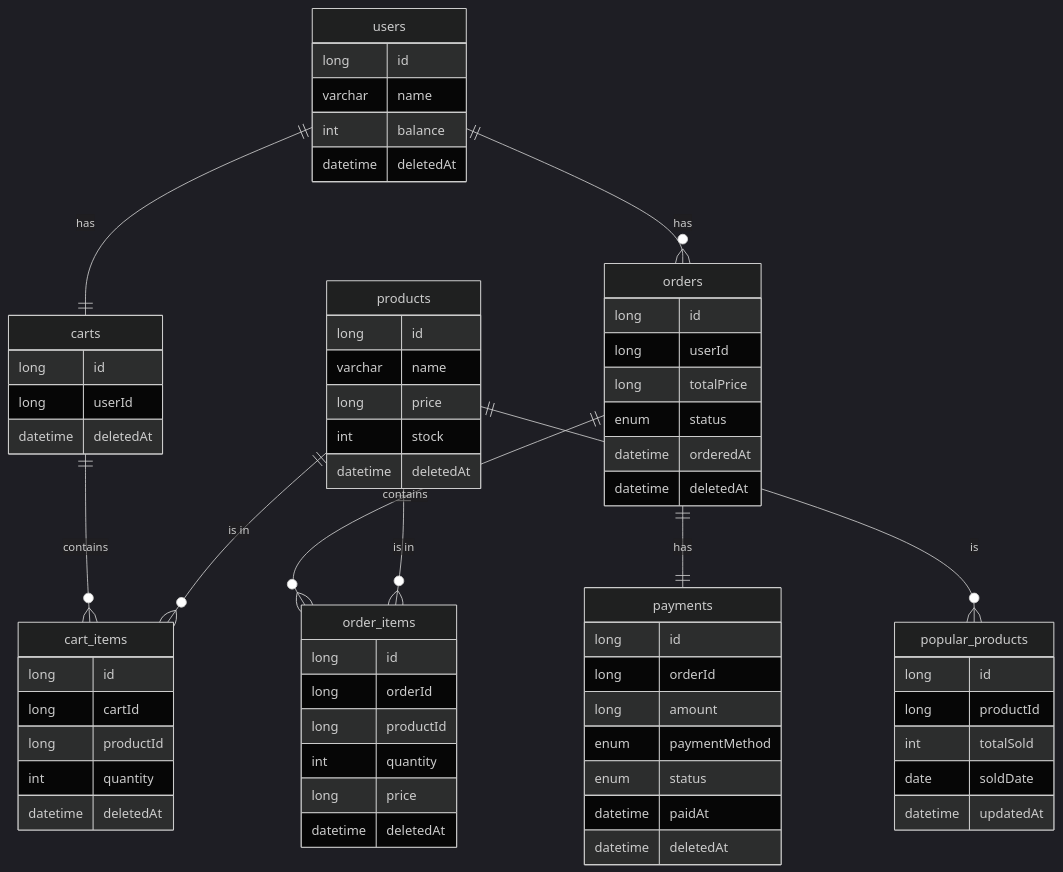
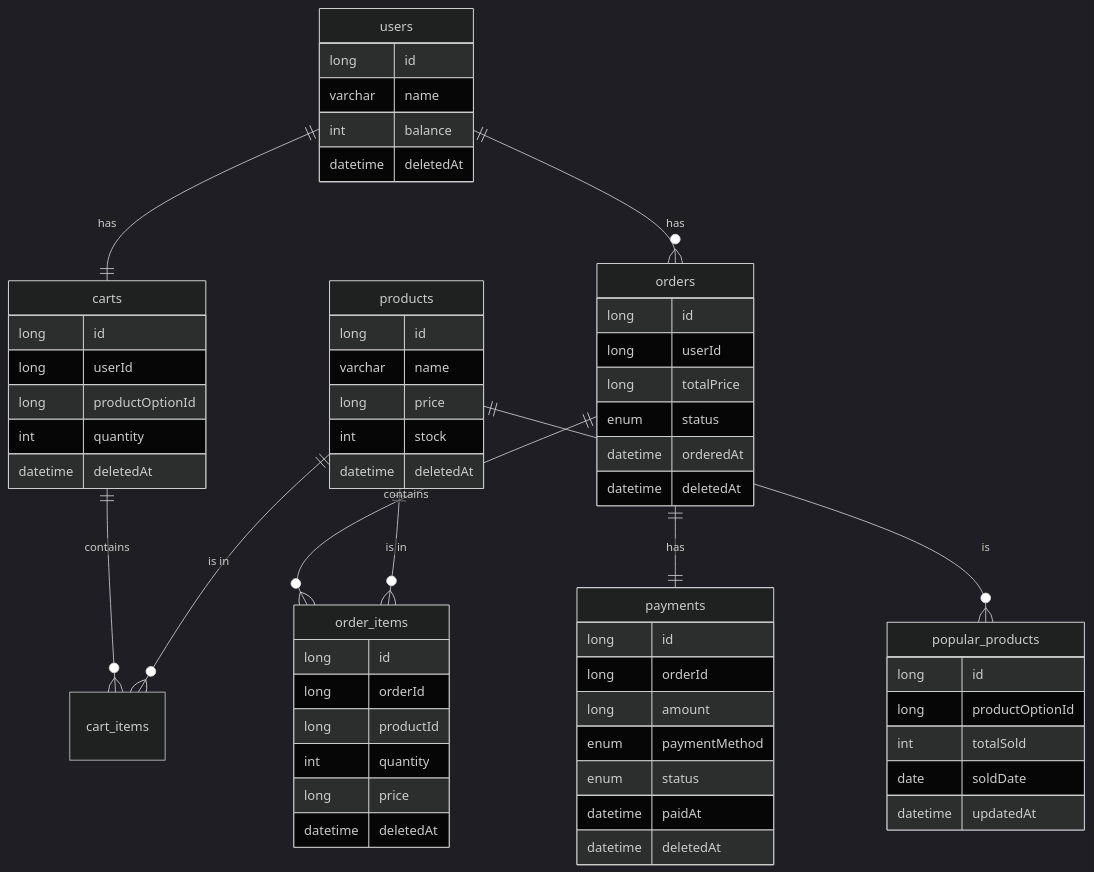
Diagram 11 of 11 in README.md (saint6839/hh-e-commerce), drawn with Mermaid (dark theme) before and after one commit. The commit also changed 39 other files, not shown here.

Commit message:
feat: product option 엔티티 추가에 따른 주문서, 상품 관련 기능 구현 변경

````diff
--- a/README.md
+++ b/README.md
@@ -186,76 +186,70 @@
 ```mermaid
 erDiagram
   users {
     long id
     varchar name
     int balance
     datetime deletedAt
   }
 
   products {
     long id
     varchar name
     long price
     int stock
     datetime deletedAt
   }
 
   orders {
     long id
     long userId
     long totalPrice
     enum status
     datetime orderedAt
     datetime deletedAt
   }
 
   order_items {
     long id
     long orderId
     long productId
     int quantity
     long price
     datetime deletedAt
   }
 
   payments {
     long id
     long orderId
     long amount
     enum paymentMethod
     enum status
     datetime paidAt
     datetime deletedAt
   }
 
   carts {
     long id
     long userId
-    datetime deletedAt
-  }
-
-  cart_items {
-    long id
-    long cartId
-    long productId
+    long productOptionId
     int quantity
     datetime deletedAt
   }
 
   popular_products {
     long id
-    long productId
+    long productOptionId
     int totalSold
     date soldDate
     datetime updatedAt
   }
 
   users ||--|| carts : "has"
   users ||--o{ orders : "has"
   orders ||--o{ order_items : "contains"
   products ||--o{ order_items : "is in"
   carts ||--o{ cart_items : "contains"
   products ||--o{ cart_items : "is in"
   products ||--o{ popular_products : "is"
   orders ||--|| payments : "has"
 ```
````
